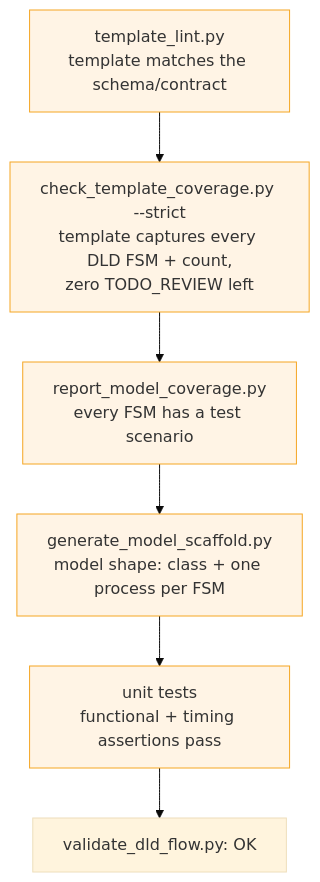
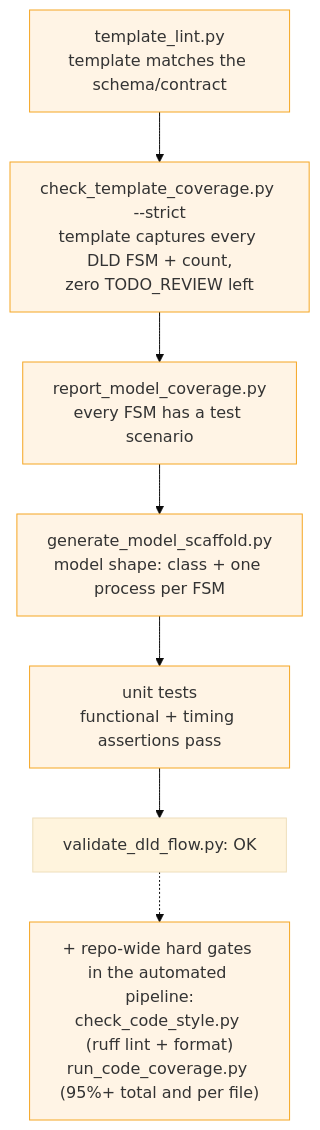
The sixth of 8 diagrams in docs/project_overview.md (kushkumar16/ip_model_automation), drawn with Mermaid (base theme) before and after one commit. The commit also changed other lines of this file and 4 other files, not shown here.

First line of the commit message:
Refresh the project overview and flow diagrams to match the pipeline

````diff
--- a/docs/project_overview.md
+++ b/docs/project_overview.md
@@ -416,14 +418,15 @@
 ```mermaid
 flowchart TD
     G1["template_lint.py<br/>template matches the schema/contract"]
     G2["check_template_coverage.py --strict<br/>template captures every DLD FSM + count,<br/>zero TODO_REVIEW left"]
     G3["report_model_coverage.py<br/>every FSM has a test scenario"]
     G4["generate_model_scaffold.py<br/>model shape: class + one process per FSM"]
     G5["unit tests<br/>functional + timing assertions pass"]
 
     G1 --> G2 --> G3 --> G4 --> G5
     G5 --> OK["validate_dld_flow.py: OK"]
+    OK -.-> R["+ repo-wide hard gates in the automated pipeline:<br/>check_code_style.py (ruff lint + format)<br/>run_code_coverage.py (95%+ total and per file)"]
 
     classDef gate fill:#fff4e5,stroke:#f5a623;
-    class G1,G2,G3,G4,G5 gate;
+    class G1,G2,G3,G4,G5,R gate;
 ```
````
